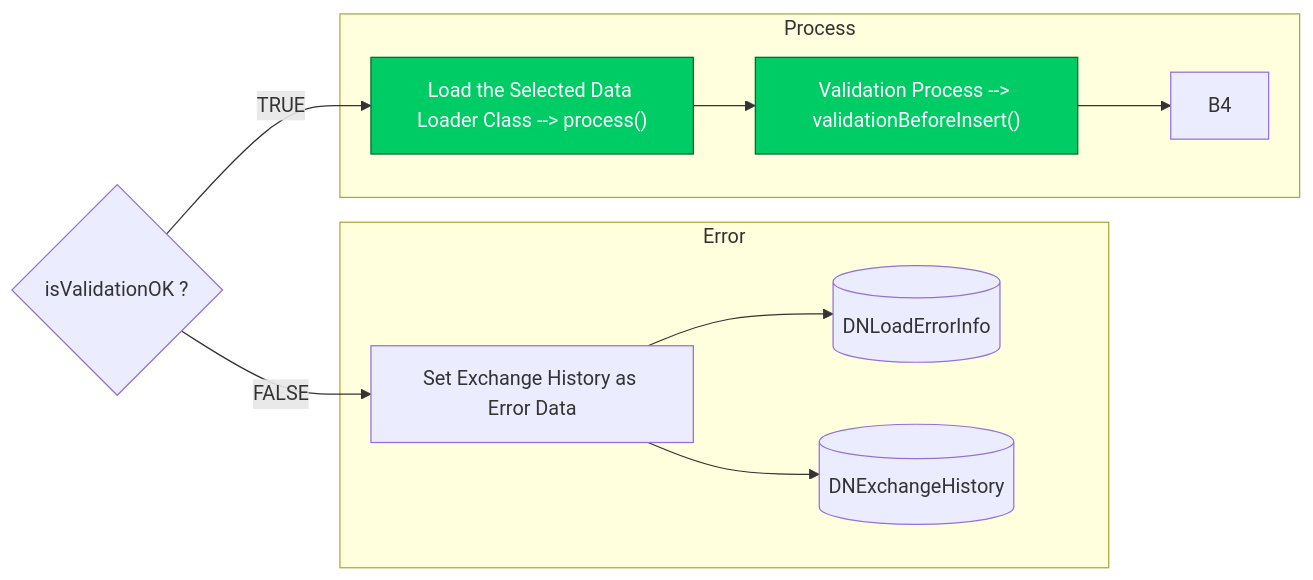
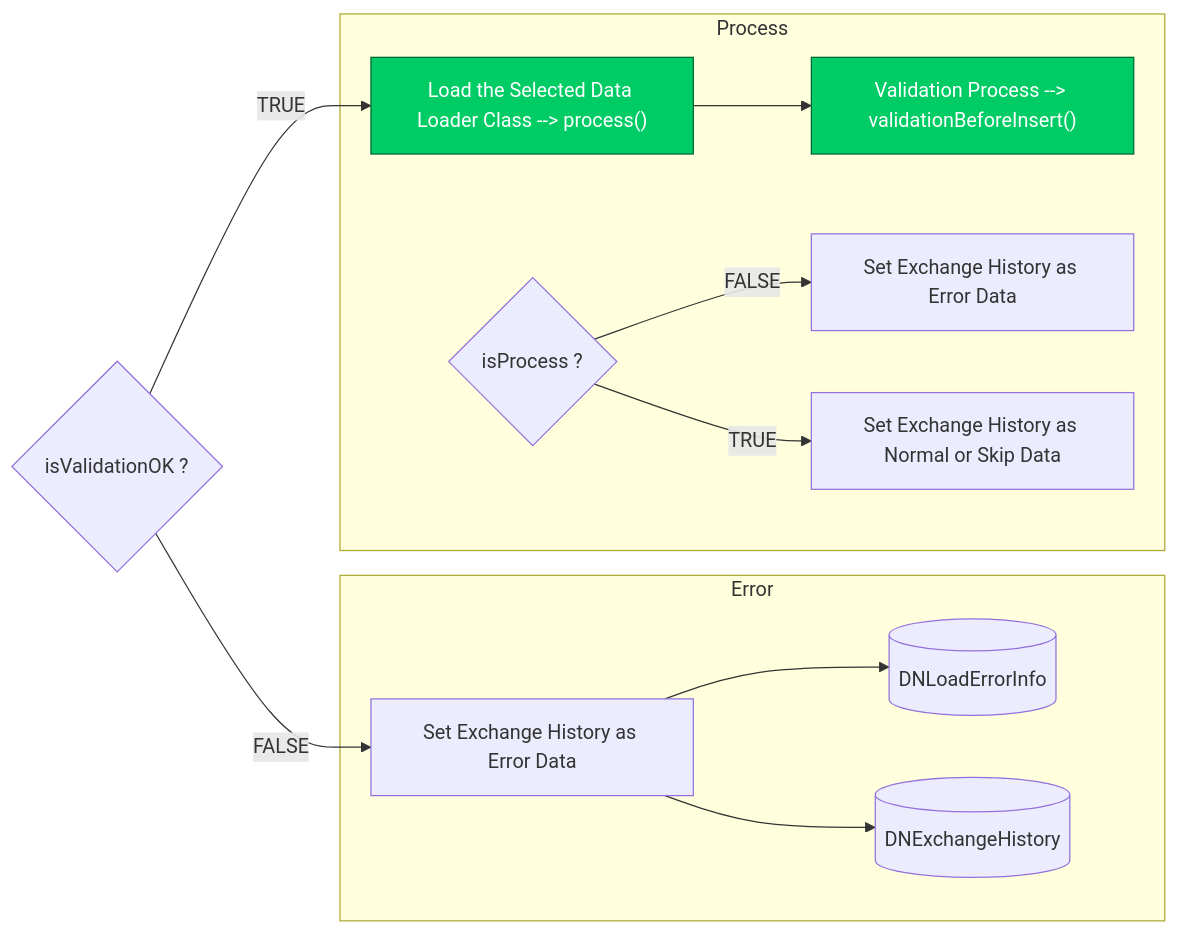
The ninth of 9 diagrams in Basic-Design/Host-Interfaces.md (luthfiadityaa/SimeDarby-Wiki), drawn with Mermaid before and after one commit.

Commit message:
Updated Host Interfaces

```diff
--- a/Basic-Design/Host-Interfaces.md
+++ b/Basic-Design/Host-Interfaces.md
@@ -712,25 +712,30 @@
 ::: mermaid
 flowchart LR
 Cond1{"isValidationOK ?"}
 Cond1 --> |TRUE| B2
 Cond1 --> |FALSE| C2
 
 subgraph Error
  C2 --> C3 
  C2 --> C4
  C4[(DNExchangeHistory)]
  C3[(DNLoadErrorInfo)]
  C2["Set Exchange History as Error Data"] 
 end
 
 subgraph Process
- B2 --> B3 --> B4 
+ B2 --> B3 
+ Cond2{"isProcess ?"}
  B2["Load the Selected Data Loader Class --> process()"]
  B3["Validation Process --> validationBeforeInsert()"]
+ B4["Set Exchange History as Error Data"]
+ B5["Set Exchange History as Normal or Skip Data"]
+ Cond2 --> |FALSE| B4
+ Cond2 --> |TRUE| B5
 end 
 
 click B2 "https://dev.azure.com/Daifuku-SW/ID_SimeDarbyPlantation/_wiki/wikis/ID_SimeDarbyPlantation.wiki/833/Host-Interfaces?anchor=stage-3"
 click B3 "https://dev.azure.com/Daifuku-SW/ID_SimeDarbyPlantation/_wiki/wikis/ID_SimeDarbyPlantation.wiki/833/Host-Interfaces?anchor=stage-4"
 style B2 fill:#00cc66,stroke:#006633,color:#ffffff
 style B3 fill:#00cc66,stroke:#006633,color:#ffffff
 :::
```
